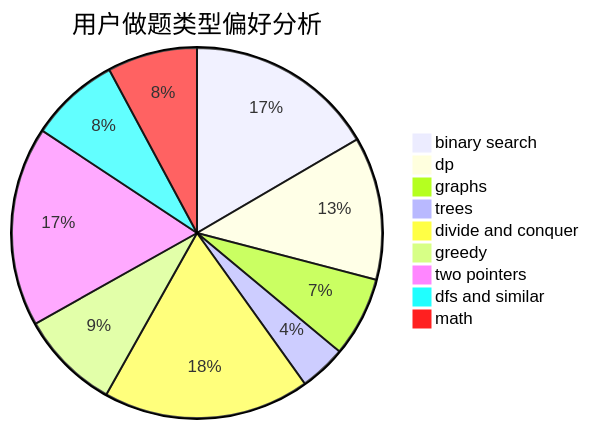
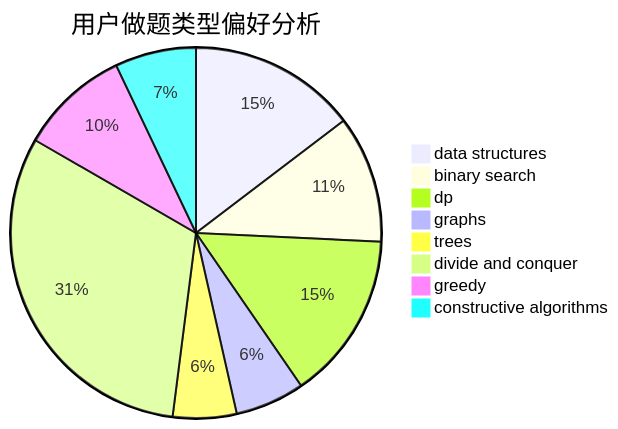
The second of 3 diagrams in docs/user/u1349.md (sherpahu/cfrs.github.io), drawn with Mermaid before and after one commit. The commit also changed other lines of this file and 2775 other files, not shown here.

````diff
--- a/docs/user/u1349.md
+++ b/docs/user/u1349.md
@@ -23,12 +23,11 @@
 ```mermaid
 pie title 用户做题类型偏好分析
-    "binary search" :  57
-    "dp" :  43
-    "graphs" :  24
-    "trees" :  14
+    "data structures" :  29
+    "binary search" :  22
+    "dp" :  29
+    "graphs" :  12
+    "trees" :  11
     "divide and conquer" :  62
-    "greedy" :  30
-    "two pointers" :  60
-    "dfs and similar" :  27
-    "math" :  27
+    "greedy" :  19
+    "constructive algorithms" :  14
 ```
````
